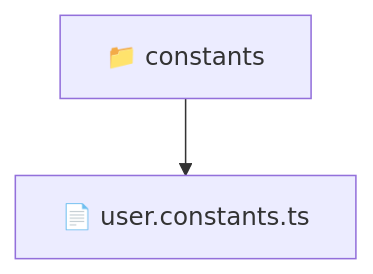
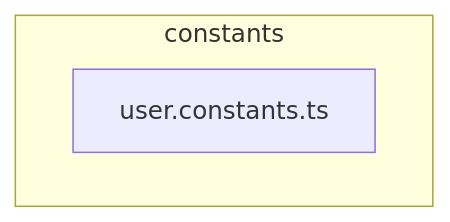
Before and after one commit to beginwebdev2002/fullstack-mavluda: the diagram in frontend/src/entities/user/constants/README.md, drawn with Mermaid. The commit also changed other lines of this file and 163 other files, not shown here.

````diff
--- a/frontend/src/entities/user/constants/README.md
+++ b/frontend/src/entities/user/constants/README.md
@@ -11,5 +15,6 @@
 ```mermaid
 graph TD
-  Root["📁 constants"]
-  Root --> user_constants_ts["📄 user.constants.ts"]
+  subgraph constants
+    user_constants_ts["user.constants.ts"]
+  end
 ```
````
